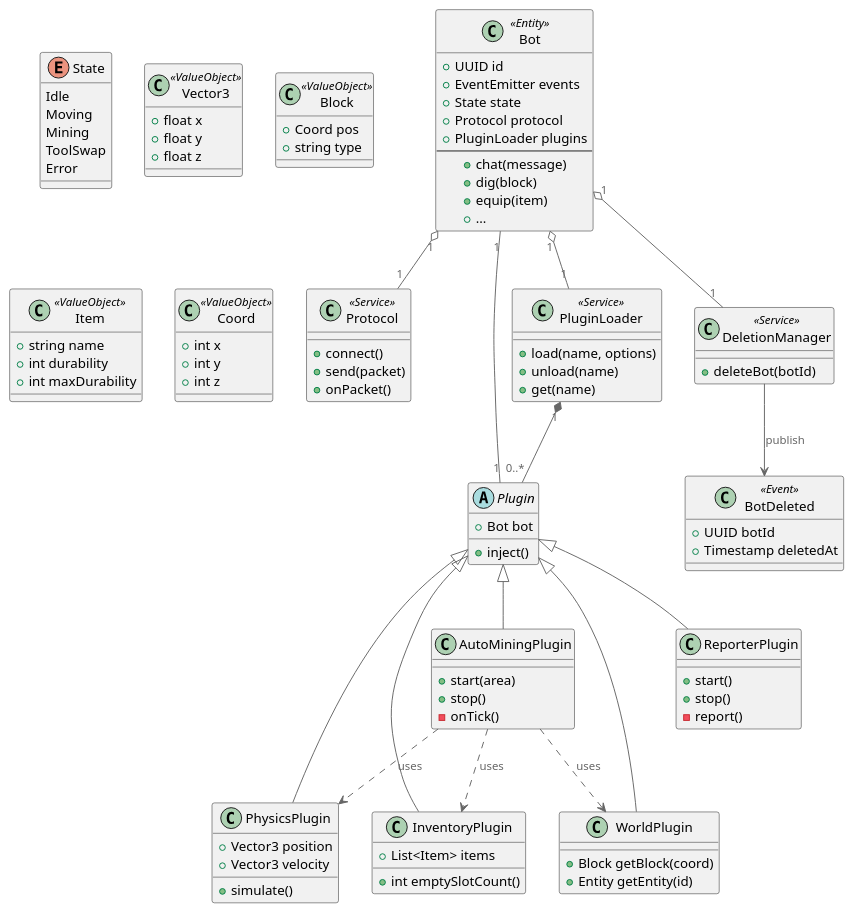
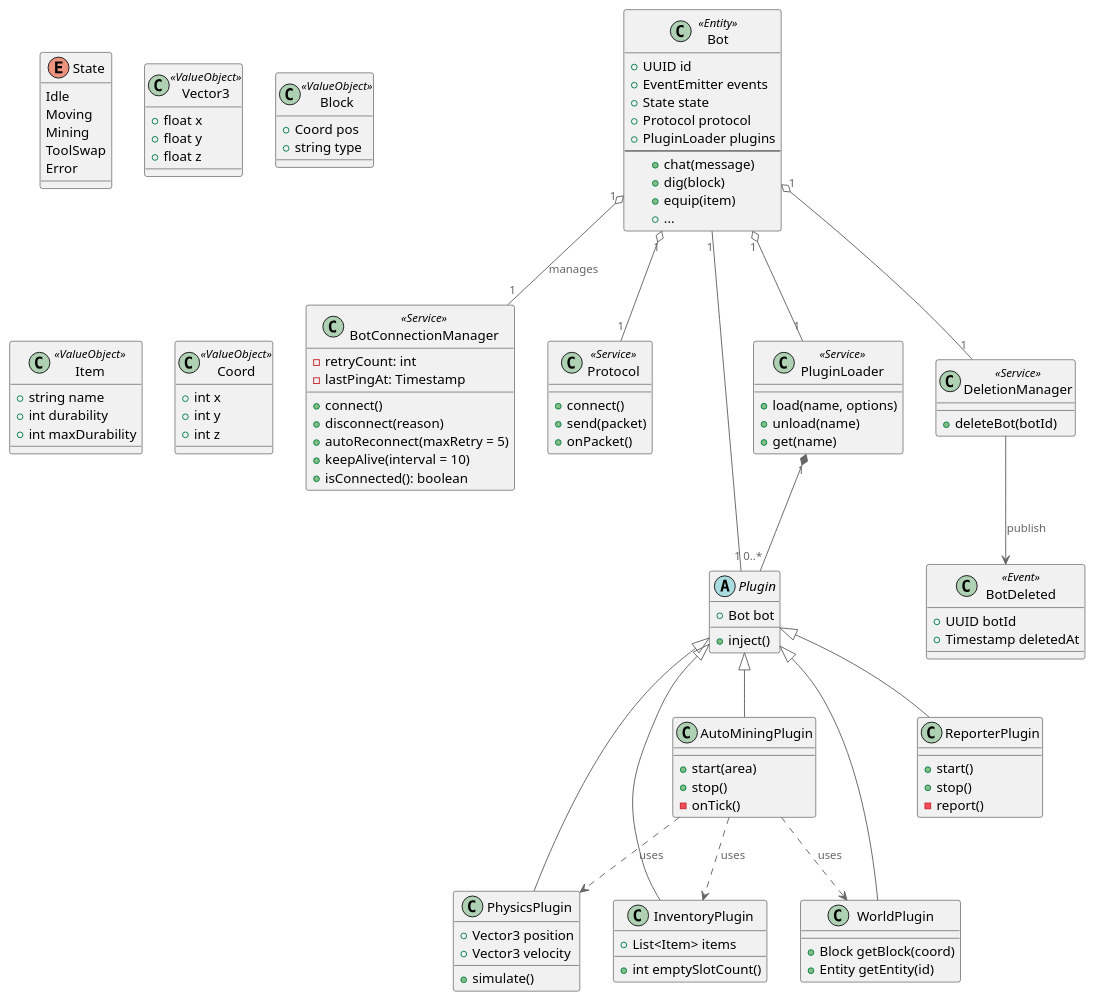
Before and after one commit to u-keiya/Tsuruhashi: the diagram in docs/03_design/diagrams/class/botcore.puml, drawn with PlantUML. The commit also changed 4 other files, not shown here.

Commit message:
issueに対して，再接続機能の設計を追加しました． - docs/03_design/diagrams/class/botcore.puml - docs/03_design/diagrams/sequence/reconnect_flow.puml - docs/03_design/api/openapi.yaml

```diff
--- a/docs/03_design/diagrams/class/botcore.puml
+++ b/docs/03_design/diagrams/class/botcore.puml
@@ -1,137 +1,148 @@
 @startuml BotCore-Classes-Revised
 ' =============================================================
 ' Bot Core Domain Class Diagram (Plugin Architecture)
 ' USDM: #US-001 #US-002 #US-003 #US-004
 ' =============================================================
 
 !include https://raw.githubusercontent.com/plantuml-stdlib/C4-PlantUML/master/C4_Context.puml
 
 '---------------------------
 ' Core API & Infrastructure
 '---------------------------
 class Bot <<Entity>> {
   +UUID id
   +EventEmitter events
   +State state
   +Protocol protocol
   +PluginLoader plugins
   --
   +chat(message)
   +dig(block)
   +equip(item)
   +...
+}
+
+class BotConnectionManager <<Service>> {
+  +connect()
+  +disconnect(reason)
+  +autoReconnect(maxRetry = 5)
+  +keepAlive(interval = 10)
+  +isConnected(): boolean
+  -retryCount: int
+  -lastPingAt: Timestamp
 }
 
 class Protocol <<Service>> {
   +connect()
   +send(packet)
   +onPacket()
 }
 
 class PluginLoader <<Service>> {
   +load(name, options)
   +unload(name)
   +get(name)
 }
 
 abstract class Plugin {
   +Bot bot
   +inject()
 }
 
 '---------------------------
 ' Core Plugins
 '---------------------------
 class PhysicsPlugin extends Plugin {
   +Vector3 position
   +Vector3 velocity
   +simulate()
 }
 
 class WorldPlugin extends Plugin {
   +Block getBlock(coord)
   +Entity getEntity(id)
 }
 
 class InventoryPlugin extends Plugin {
   +List<Item> items
   +int emptySlotCount()
 }
 
 '---------------------------
 ' Behavior Plugins
 '---------------------------
 class AutoMiningPlugin extends Plugin {
   +start(area)
   +stop()
   -onTick()
 }
 
 class ReporterPlugin extends Plugin {
   +start()
   +stop()
   -report()
 }
 
 '---------------------------
 ' Enumerations / Value Objects
 '---------------------------
 enum State {
   Idle
   Moving
   Mining
   ToolSwap
   Error
 }
 
 class Vector3 <<ValueObject>> {
   +float x
   +float y
   +float z
 }
 
 class Block <<ValueObject>> {
   +Coord pos
   +string type
 }
 
 class Item <<ValueObject>> {
   +string name
   +int durability
   +int maxDurability
 }
 
 class Coord <<ValueObject>> {
   +int x
   +int y
   +int z
 }
 
 '---------------------------
 ' Associations
 '---------------------------
 Bot "1" o-- "1" Protocol
 Bot "1" o-- "1" PluginLoader
+Bot "1" o-- "1" BotConnectionManager : manages
 PluginLoader "1" *-- "0..*" Plugin
 Plugin "1" -- "1" Bot
 
 AutoMiningPlugin ..> WorldPlugin : uses
 AutoMiningPlugin ..> PhysicsPlugin : uses
 AutoMiningPlugin ..> InventoryPlugin : uses
 
 '---------------------------
 ' Deletion
 '---------------------------
 class DeletionManager <<Service>> {
   +deleteBot(botId)
 }
 
 class BotDeleted <<Event>> {
   +UUID botId
   +Timestamp deletedAt
 }
 
 Bot "1" o-- "1" DeletionManager
 DeletionManager --> BotDeleted : publish
 
 @enduml
```
